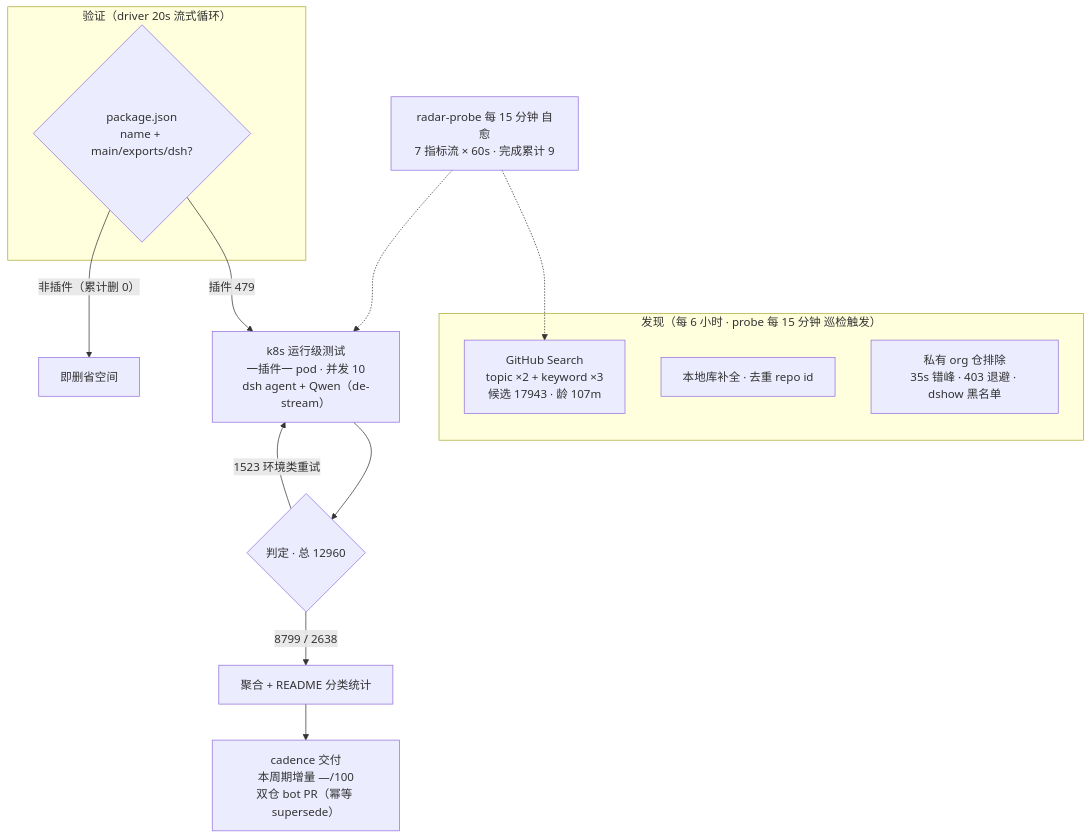
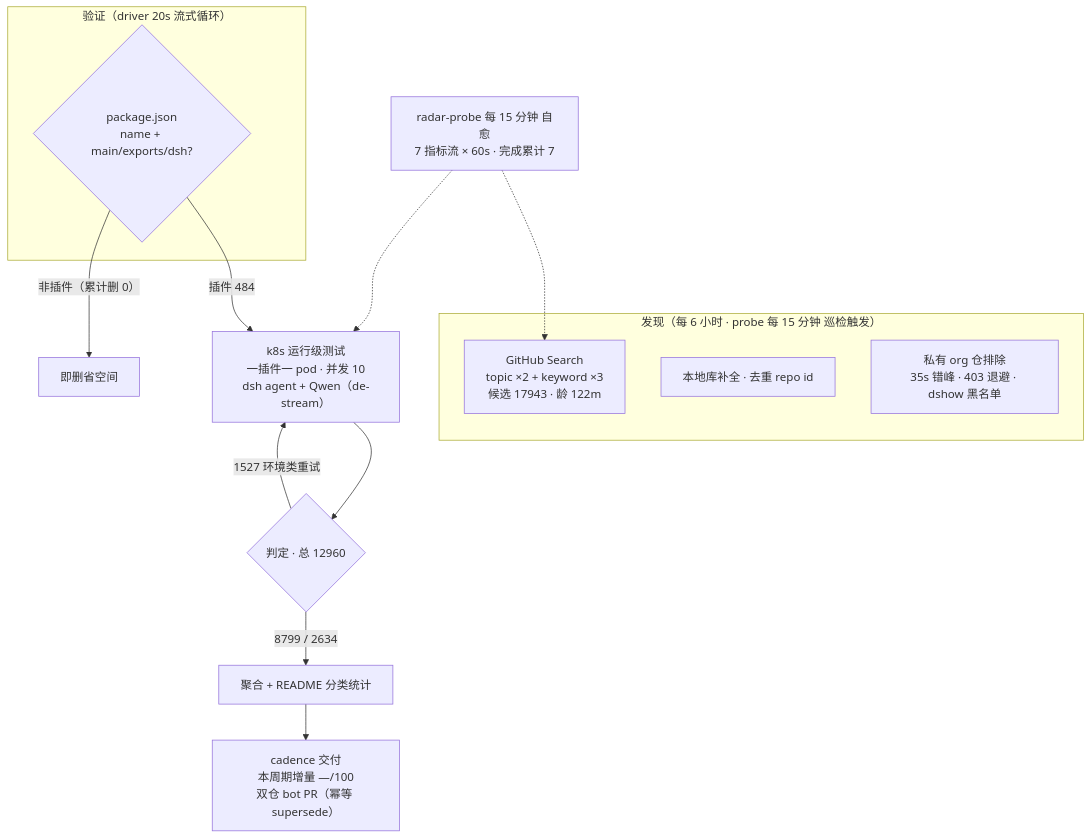
Before and after one commit to AdamPlatin123/awesome-dsh-plugins: the diagram in README.md, drawn with Mermaid. The commit also changed other lines of this file and 5 other files, not shown here.

````diff
--- a/README.md
+++ b/README.md
@@ -52,20 +52,20 @@
 ```mermaid
 flowchart TB
     subgraph Discovery["发现（每 6 小时 · probe 每 15 分钟 巡检触发）"]
-        A1["GitHub Search<br/>topic ×2 + keyword ×3<br/>候选 17943 · 龄 107m"]
+        A1["GitHub Search<br/>topic ×2 + keyword ×3<br/>候选 17943 · 龄 122m"]
         A2["本地库补全 · 去重 repo id"]
         A3["私有 org 仓排除<br/>35s 错峰 · 403 退避 · dshow 黑名单"]
     end
     subgraph Validation["验证（driver 20s 流式循环）"]
         B1{"package.json<br/>name + main/exports/dsh?"}
     end
-    B1 -->|"插件 479"| C1["k8s 运行级测试<br/>一插件一 pod · 并发 10<br/>dsh agent + Qwen（de-stream）"]
+    B1 -->|"插件 484"| C1["k8s 运行级测试<br/>一插件一 pod · 并发 10<br/>dsh agent + Qwen（de-stream）"]
     B1 -->|"非插件（累计删 0）"| B3["即删省空间"]
     C1 --> D1{"判定 · 总 12960"}
-    D1 -->|"8799 / 2638"| E1["聚合 + README 分类统计"]
-    D1 -->|"1523 环境类重试"| C1
+    D1 -->|"8799 / 2634"| E1["聚合 + README 分类统计"]
+    D1 -->|"1527 环境类重试"| C1
     E1 --> E2["cadence 交付<br/>本周期增量 —/100<br/>双仓 bot PR（幂等 supersede）"]
-    M["radar-probe 每 15 分钟 自愈<br/>7 指标流 × 60s · 完成累计 9"]
+    M["radar-probe 每 15 分钟 自愈<br/>7 指标流 × 60s · 完成累计 7"]
     M -.-> A1
     M -.-> C1
 ```
````
